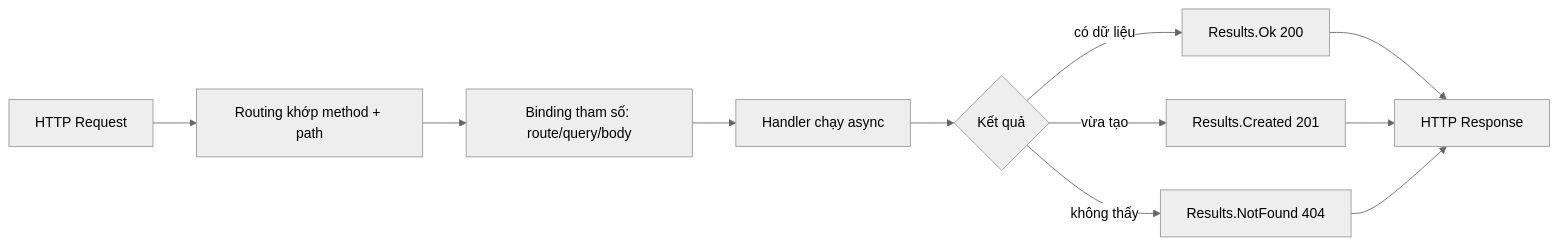
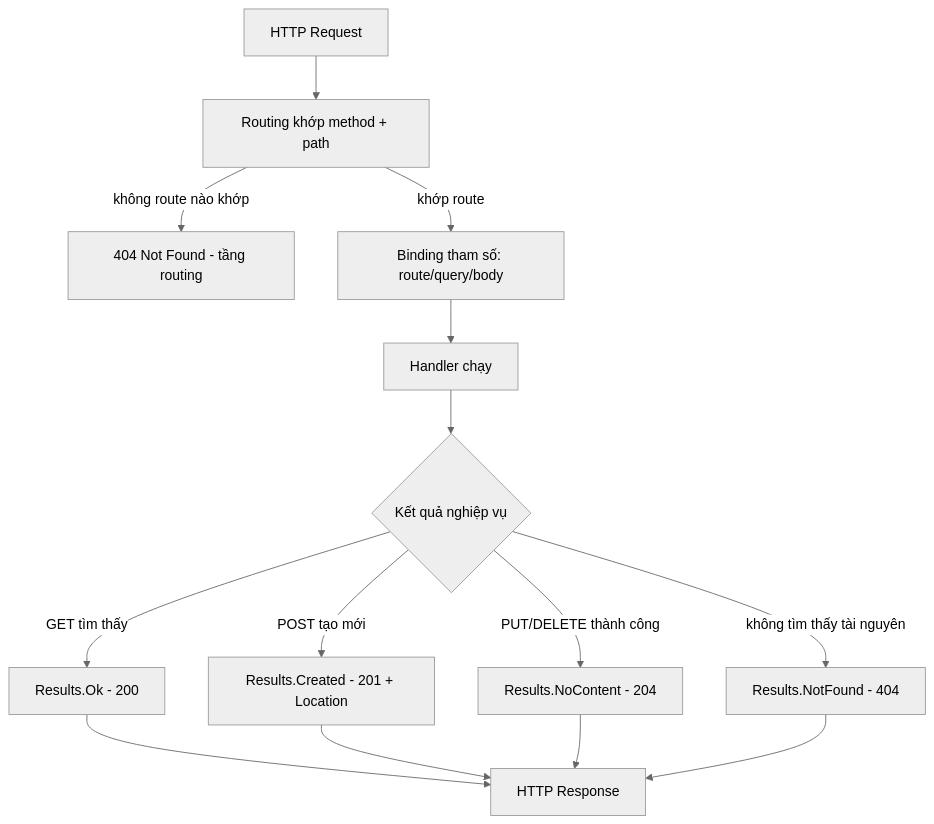
One commit to iamrealBi/learning-hub-v2 changed the diagram in docs/p3-web-api/minimal-api.md. Above: the diagram before and after it, drawn with Mermaid (neutral theme). The commit also changed other lines of this file and 11 other files, not shown here.

````diff
--- a/docs/p3-web-api/minimal-api.md
+++ b/docs/p3-web-api/minimal-api.md
@@ -49,13 +488,16 @@
 ```mermaid
-flowchart LR
+flowchart TD
     A[HTTP Request] --> B[Routing khớp method + path]
-    B --> C[Binding tham số: route/query/body]
-    C --> D[Handler chạy async]
-    D --> E{Kết quả}
-    E -->|có dữ liệu| F[Results.Ok 200]
-    E -->|vừa tạo| G[Results.Created 201]
-    E -->|không thấy| H[Results.NotFound 404]
-    F --> I[HTTP Response]
-    G --> I
-    H --> I
+    B -->|không route nào khớp| N[404 Not Found - tầng routing]
+    B -->|khớp route| C[Binding tham số: route/query/body]
+    C --> D[Handler chạy]
+    D --> E{Kết quả nghiệp vụ}
+    E -->|GET tìm thấy| F[Results.Ok - 200]
+    E -->|POST tạo mới| G[Results.Created - 201 + Location]
+    E -->|PUT/DELETE thành công| H[Results.NoContent - 204]
+    E -->|không tìm thấy tài nguyên| I[Results.NotFound - 404]
+    F --> Z[HTTP Response]
+    G --> Z
+    H --> Z
+    I --> Z
 ```
````
